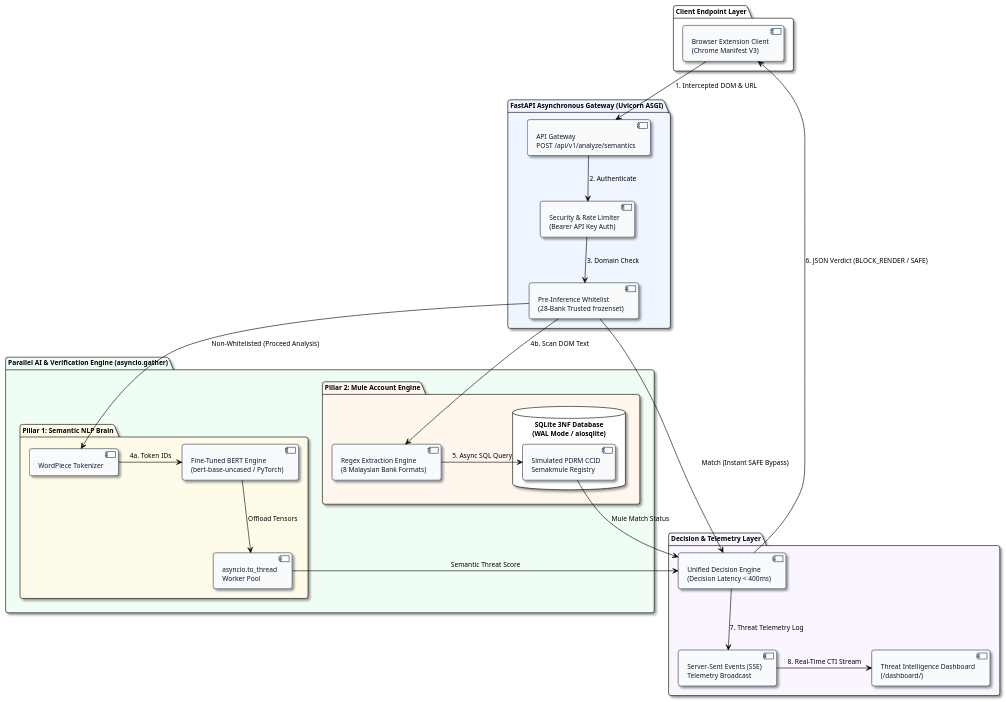
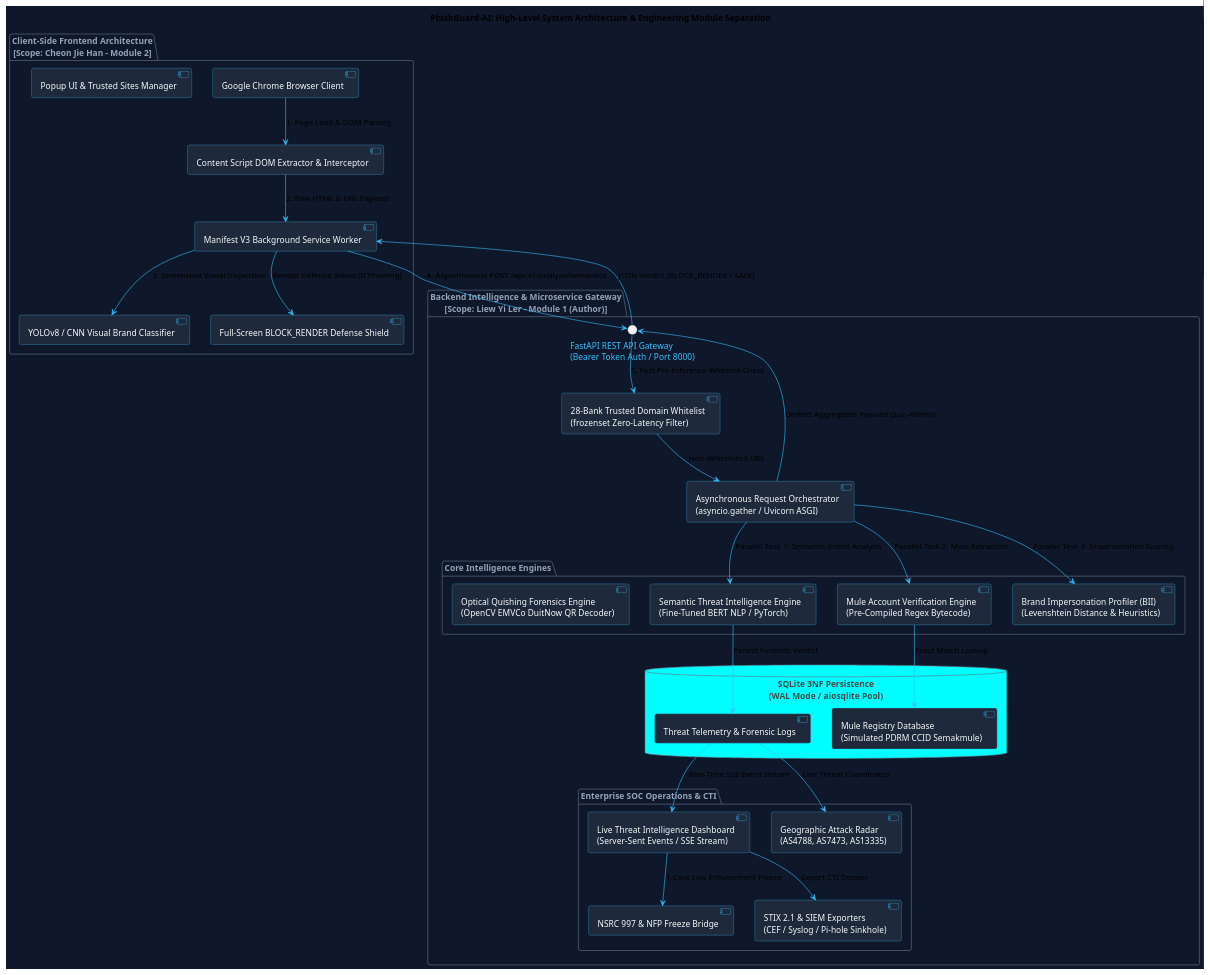
Before and after one commit to KunTheNoobie/PhishGuard-AI-Complete: the first of 3 diagrams in report/diagrams/Chapter_1_Diagrams.puml, drawn with PlantUML. The commit also changed other lines of this file and 2 other files, not shown here.

Commit message:
docs(report): complete Front Matter and Chapter 1 Introduction with rigorous academic expansion and embedded PlantUML diagrams

```diff
--- a/report/diagrams/Chapter_1_Diagrams.puml
+++ b/report/diagrams/Chapter_1_Diagrams.puml
@@ -45,65 +1,67 @@
-@startuml Figure_1_2_Backend_Architecture
-!theme plain
-skinparam backgroundColor #FFFFFF
-skinparam defaultFontName "Arial"
-skinparam defaultFontSize 11
-skinparam shadowing true
-skinparam roundCorner 8
+@startuml System_Architecture_Chapter_1
+!theme vibrant
+skinparam backgroundColor #0f172a
+skinparam ArrowColor #38bdf8
+skinparam ComponentBorderColor #38bdf8
+skinparam ComponentBackgroundColor #1e293b
+skinparam ComponentFontColor #f8fafc
+skinparam InterfaceFontColor #38bdf8
+skinparam PackageBorderColor #64748b
+skinparam PackageFontColor #94a3b8
 
-skinparam component {
-    BackgroundColor #F8FAFC
-    BorderColor #334155
-    FontColor #0F172A
+title PhishGuard-AI: High-Level System Architecture & Engineering Module Separation
+
+package "Client-Side Frontend Architecture\n[Scope: Cheon Jie Han - Module 2]" {
+    [Google Chrome Browser Client] as ChromeClient
+    [Manifest V3 Background Service Worker] as ServiceWorker
+    [Content Script DOM Extractor & Interceptor] as ContentScript
+    [YOLOv8 / CNN Visual Brand Classifier] as VisualEngine
+    [Popup UI & Trusted Sites Manager] as PopupUI
+    [Full-Screen BLOCK_RENDER Defense Shield] as BlockOverlay
 }
 
-package "Client Endpoint Layer" {
-    [Browser Extension Client\n(Chrome Manifest V3)] as Client
-}
-
-package "FastAPI Asynchronous Gateway (Uvicorn ASGI)" #EFF6FF {
-    [API Gateway\nPOST /api/v1/analyze/semantics] as Gateway
-    [Security & Rate Limiter\n(Bearer API Key Auth)] as Auth
-    [Pre-Inference Whitelist\n(28-Bank Trusted frozenset)] as Whitelist
-}
-
-package "Parallel AI & Verification Engine (asyncio.gather)" #F0FDF4 {
-    package "Pillar 1: Semantic NLP Brain" #FEFCE8 {
-        [WordPiece Tokenizer] as Tokenizer
-        [Fine-Tuned BERT Engine\n(bert-base-uncased / PyTorch)] as BERT
-        [asyncio.to_thread\nWorker Pool] as WorkerPool
+package "Backend Intelligence & Microservice Gateway\n[Scope: Liew Yi Ler - Module 1 (Author)]" {
+    interface "FastAPI REST API Gateway\n(Bearer Token Auth / Port 8000)" as APIGateway
+    [Asynchronous Request Orchestrator\n(asyncio.gather / Uvicorn ASGI)] as Orchestrator
+    [28-Bank Trusted Domain Whitelist\n(frozenset Zero-Latency Filter)] as WhitelistEngine
+    
+    package "Core Intelligence Engines" {
+        [Semantic Threat Intelligence Engine\n(Fine-Tuned BERT NLP / PyTorch)] as BERTEngine
+        [Mule Account Verification Engine\n(Pre-Compiled Regex Bytecode)] as RegexEngine
+        [Brand Impersonation Profiler (BII)\n(Levenshtein Distance & Heuristics)] as BrandProfiler
+        [Optical Quishing Forensics Engine\n(OpenCV EMVCo DuitNow QR Decoder)] as QuishingEngine
     }
     
-    package "Pillar 2: Mule Account Engine" #FFF7ED {
-        [Regex Extraction Engine\n(8 Malaysian Bank Formats)] as Regex
-        database "SQLite 3NF Database\n(WAL Mode / aiosqlite)" as DB {
-            [Simulated PDRM CCID\nSemakmule Registry] as MuleDB
-        }
+    database "SQLite 3NF Persistence\n(WAL Mode / aiosqlite Pool)" {
+        [Mule Registry Database\n(Simulated PDRM CCID Semakmule)] as MuleDB
+        [Threat Telemetry & Forensic Logs] as TelemetryDB
+    }
+
+    package "Enterprise SOC Operations & CTI" {
+        [Live Threat Intelligence Dashboard\n(Server-Sent Events / SSE Stream)] as Dashboard
+        [Geographic Attack Radar\n(AS4788, AS7473, AS13335)] as GeoRadar
+        [NSRC 997 & NFP Freeze Bridge] as NFPBridge
+        [STIX 2.1 & SIEM Exporters\n(CEF / Syslog / Pi-hole Sinkhole)] as SIEMExporter
     }
 }
 
-package "Decision & Telemetry Layer" #FAF5FF {
-    [Unified Decision Engine\n(Decision Latency < 400ms)] as Decision
-    [Server-Sent Events (SSE)\nTelemetry Broadcast] as SSE
-    [Threat Intelligence Dashboard\n(/dashboard/)] as Dashboard
-}
-
-Client -down-> Gateway : 1. Intercepted DOM & URL
-Gateway -down-> Auth : 2. Authenticate
-Auth -down-> Whitelist : 3. Domain Check
-
-Whitelist -down-> Decision : Match (Instant SAFE Bypass)
-Whitelist -down-> Tokenizer : Non-Whitelisted (Proceed Analysis)
-
-Tokenizer -right-> BERT : 4a. Token IDs
-BERT -down-> WorkerPool : Offload Tensors
-WorkerPool -down-> Decision : Semantic Threat Score
-
-Whitelist -down-> Regex : 4b. Scan DOM Text
-Regex -right-> MuleDB : 5. Async SQL Query
-MuleDB -down-> Decision : Mule Match Status
-
-Decision -down-> Client : 6. JSON Verdict (BLOCK_RENDER / SAFE)
-Decision -down-> SSE : 7. Threat Telemetry Log
-SSE -right-> Dashboard : 8. Real-Time CTI Stream
+ChromeClient --> ContentScript : 1. Page Load & DOM Parsing
+ContentScript --> ServiceWorker : 2. Raw HTML & URL Payload
+ServiceWorker --> VisualEngine : 3. Screenshot Visual Inspection
+ServiceWorker --> APIGateway : 4. Asynchronous POST /api/v1/analyze/semantics
+APIGateway --> WhitelistEngine : 5. Fast Pre-Inference Whitelist Check
+WhitelistEngine --> Orchestrator : Non-Whitelisted URL
+Orchestrator --> BERTEngine : Parallel Task 1: Semantic Intent Analysis
+Orchestrator --> RegexEngine : Parallel Task 2: Mule Extraction
+RegexEngine --> MuleDB : Exact Match Lookup
+Orchestrator --> BrandProfiler : Parallel Task 3: Impersonation Scoring
+BERTEngine --> TelemetryDB : Persist Forensic Verdict
+Orchestrator --> APIGateway : Unified Aggregated Payload (Sub-400ms)
+APIGateway --> ServiceWorker : JSON Verdict (BLOCK_RENDER / SAFE)
+ServiceWorker --> BlockOverlay : Render Defense Shield (If Phishing)
+TelemetryDB --> Dashboard : Real-Time SSE Event Stream
+TelemetryDB --> GeoRadar : Live Threat Coordinates
+Dashboard --> NFPBridge : 1-Click Law Enforcement Freeze
+Dashboard --> SIEMExporter : Export CTI Dossier
 
 @enduml
```
